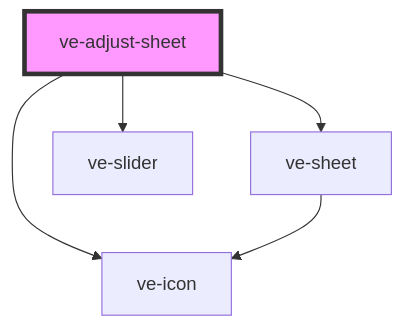
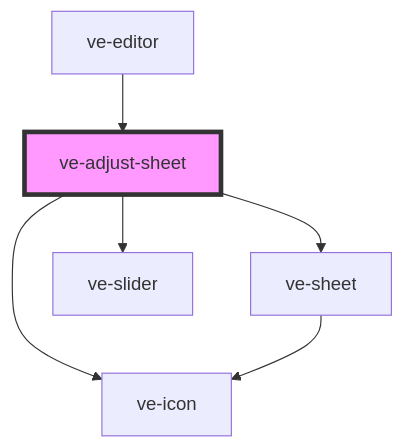
Before and after one commit to dotnetdreamer/capacitor-video-kit: the diagram in src/components/ve-adjust-sheet/readme.md, drawn with Mermaid. The commit also changed other lines of this file and 38 other files, not shown here.

````diff
--- a/src/components/ve-adjust-sheet/readme.md
+++ b/src/components/ve-adjust-sheet/readme.md
@@ -39,8 +43,9 @@
 ```mermaid
 graph TD;
   ve-adjust-sheet --> ve-sheet
   ve-adjust-sheet --> ve-slider
   ve-adjust-sheet --> ve-icon
   ve-sheet --> ve-icon
+  ve-editor --> ve-adjust-sheet
   style ve-adjust-sheet fill:#f9f,stroke:#333,stroke-width:4px
 ```
````
